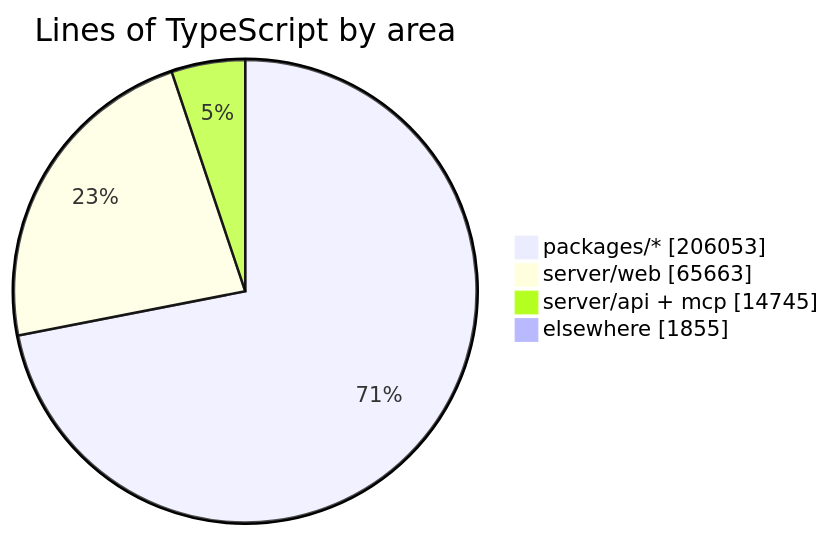
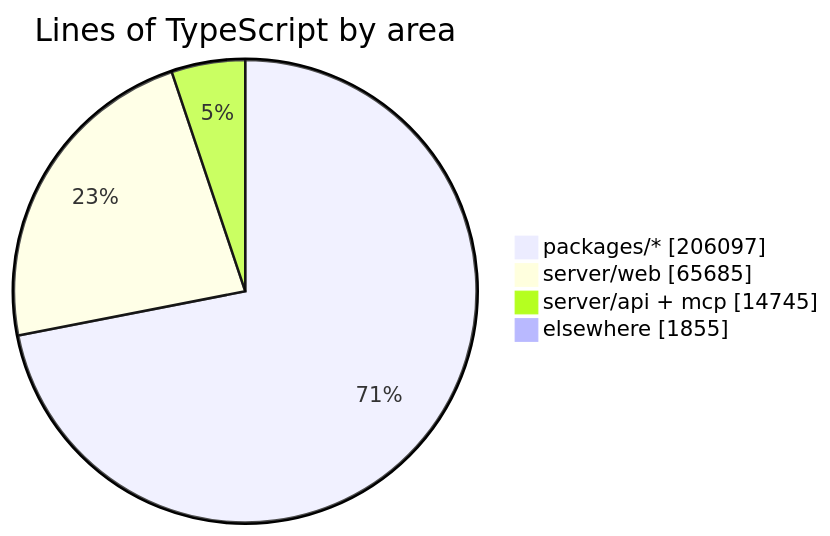
One commit to crossworks-engineering/mantle changed the diagram in README.md. Above: the diagram before and after it, drawn with Mermaid. The commit also changed other lines of this file and 2 other files, not shown here.

````diff
--- a/README.md
+++ b/README.md
@@ -287,7 +287,7 @@
 ```mermaid
 pie showData title Lines of TypeScript by area
-    "packages/*" : 206053
-    "server/web" : 65663
+    "packages/*" : 206097
+    "server/web" : 65685
     "server/api + mcp" : 14745
     "elsewhere" : 1855
 ```
````
